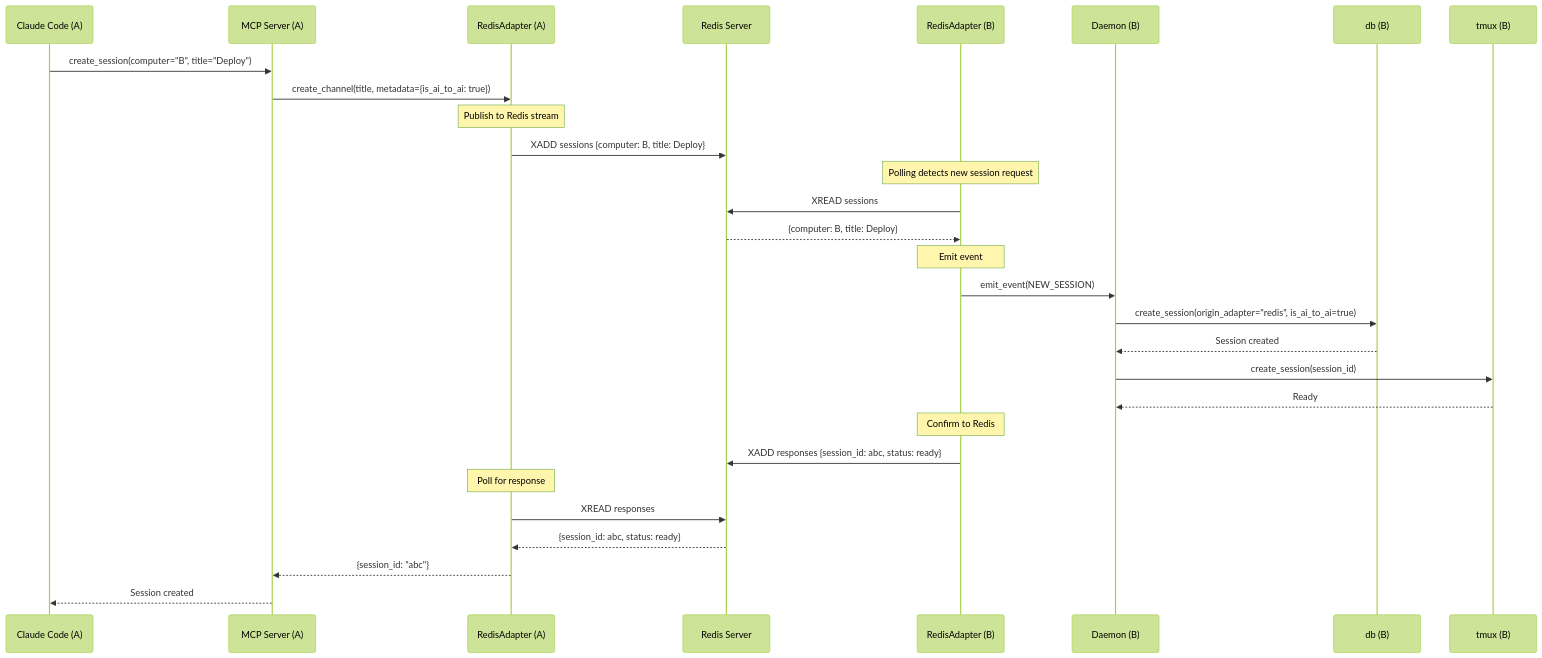
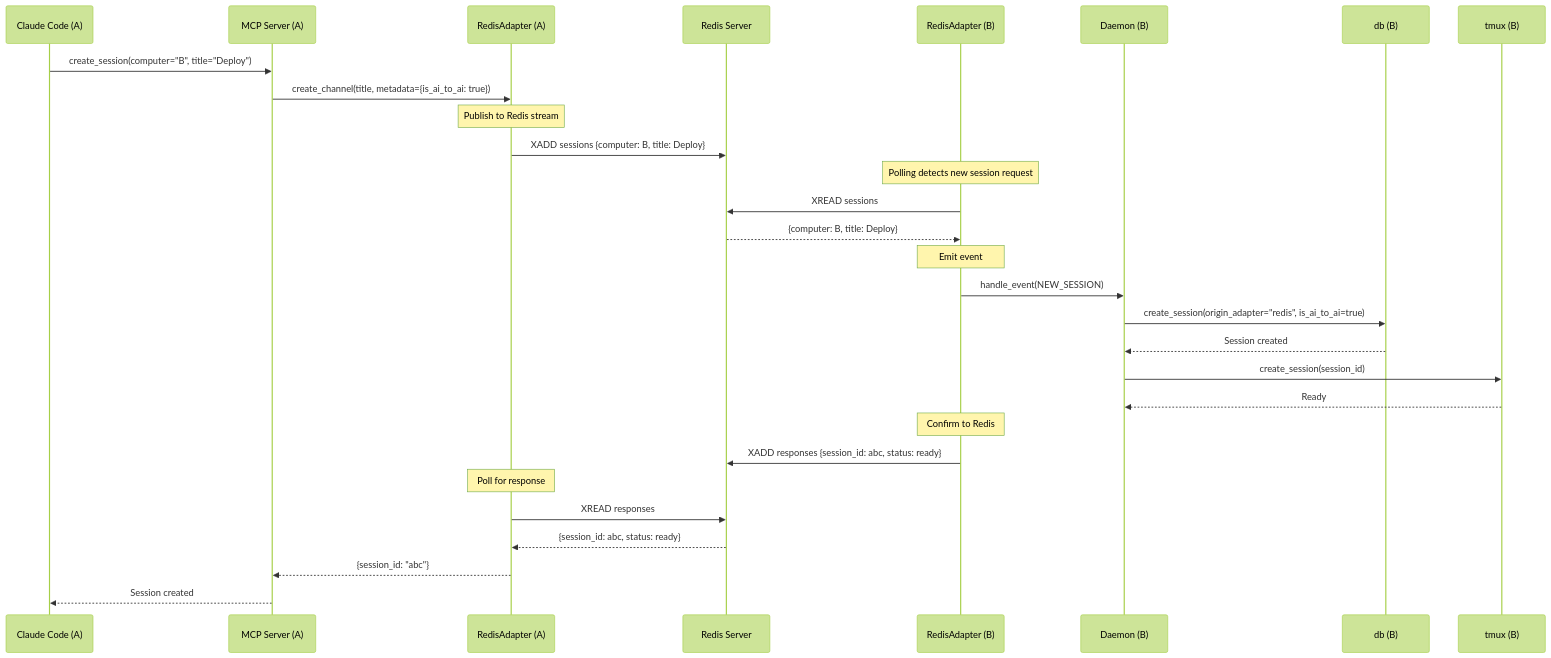
One commit to InstruktAI/TeleClaude changed the sixth of 14 diagrams in docs/use_cases.md. Above: the diagram before and after it, drawn with Mermaid (forest theme). The commit also changed other lines of this file and 22 other files, not shown here.

````diff
--- a/docs/use_cases.md
+++ b/docs/use_cases.md
@@ -306,39 +311,39 @@
 ```mermaid
 sequenceDiagram
     participant AI as Claude Code (A)
     participant MCP_A as MCP Server (A)
     participant Redis_A as RedisAdapter (A)
     participant RedisDB as Redis Server
     participant Redis_B as RedisAdapter (B)
     participant Daemon_B as Daemon (B)
     participant DB_B as db (B)
     participant tmux_B as tmux (B)
 
     AI->>MCP_A: create_session(computer="B", title="Deploy")
     MCP_A->>Redis_A: create_channel(title, metadata={is_ai_to_ai: true})
 
     Note over Redis_A: Publish to Redis stream
     Redis_A->>RedisDB: XADD sessions {computer: B, title: Deploy}
 
     Note over Redis_B: Polling detects new session request
     Redis_B->>RedisDB: XREAD sessions
     RedisDB-->>Redis_B: {computer: B, title: Deploy}
 
     Note over Redis_B: Emit event
-    Redis_B->>Daemon_B: emit_event(NEW_SESSION)
+    Redis_B->>Daemon_B: handle_event(NEW_SESSION)
     Daemon_B->>DB_B: create_session(origin_adapter="redis", is_ai_to_ai=true)
     DB_B-->>Daemon_B: Session created
 
     Daemon_B->>tmux_B: create_session(session_id)
     tmux_B-->>Daemon_B: Ready
 
     Note over Redis_B: Confirm to Redis
     Redis_B->>RedisDB: XADD responses {session_id: abc, status: ready}
 
     Note over Redis_A: Poll for response
     Redis_A->>RedisDB: XREAD responses
     RedisDB-->>Redis_A: {session_id: abc, status: ready}
 
     Redis_A-->>MCP_A: {session_id: "abc"}
     MCP_A-->>AI: Session created
 ```
````
